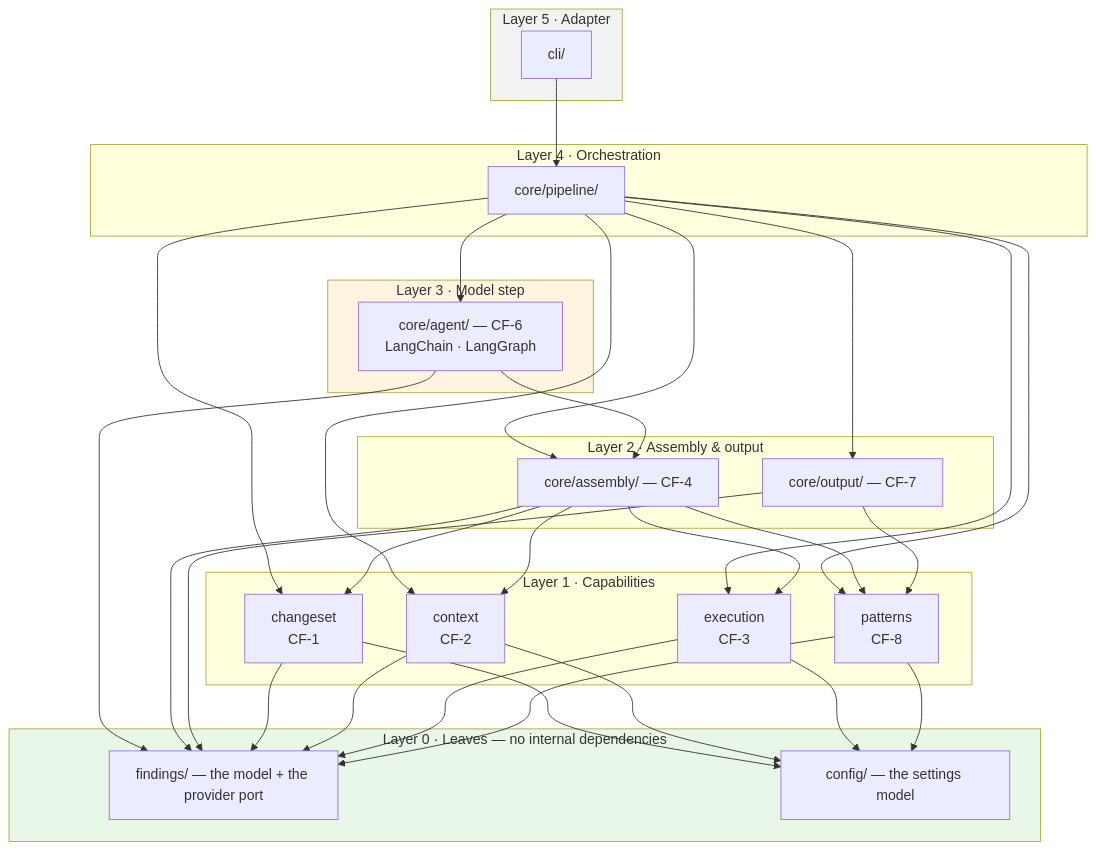
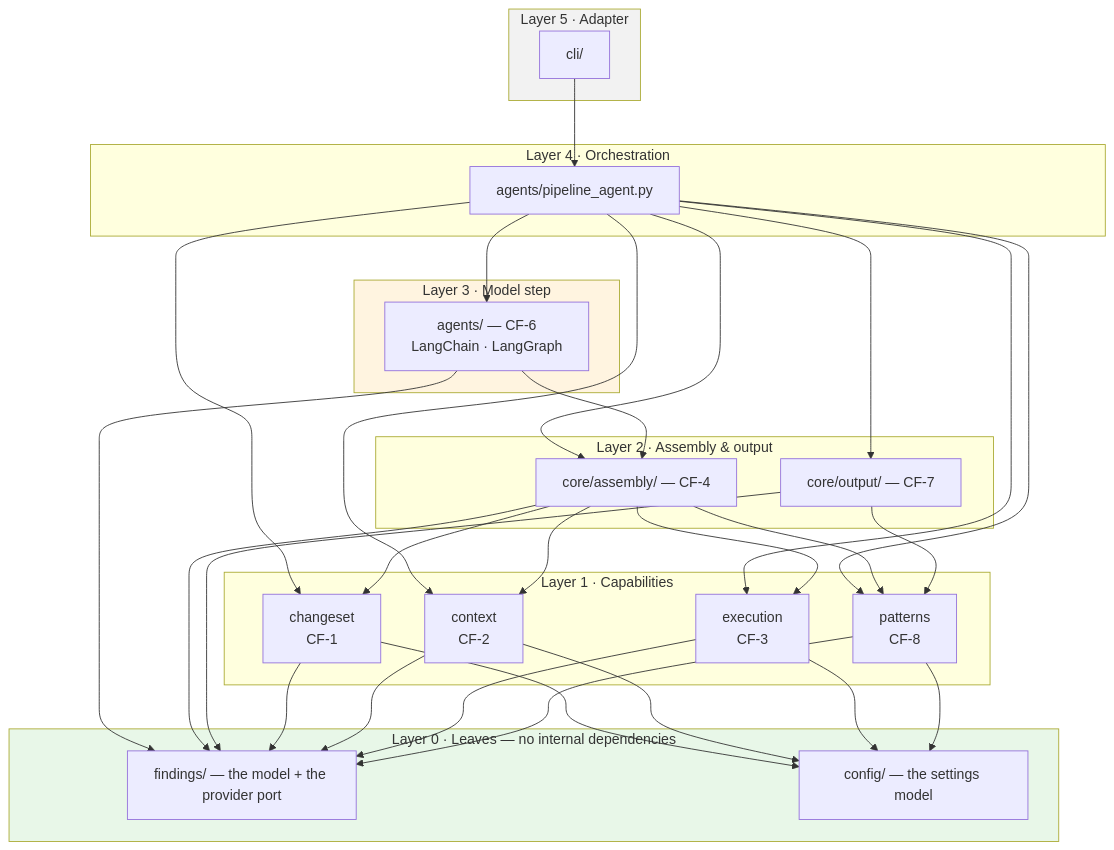
One commit to nhahub/NHA-5-285 changed the third of 8 diagrams in Docs/design/01-logical-architecture.md. Above: the diagram before and after it, drawn with Mermaid. The commit also changed other lines of this file and 24 other files, not shown here.

````diff
--- a/Docs/design/01-logical-architecture.md
+++ b/Docs/design/01-logical-architecture.md
@@ -101,38 +101,38 @@
 ```mermaid
 flowchart TD
     subgraph L5["Layer 5 · Adapter"]
         A1["cli/"]
     end
     subgraph L4["Layer 4 · Orchestration"]
-        P1["core/pipeline/"]
+        P1["agents/pipeline_agent.py"]
     end
     subgraph L3["Layer 3 · Model step"]
-        G1["core/agent/ — CF-6<br/>LangChain · LangGraph"]
+        G1["agents/ — CF-6<br/>LangChain · LangGraph"]
     end
     subgraph L2["Layer 2 · Assembly & output"]
         B1["core/assembly/ — CF-4"]
         B2["core/output/ — CF-7"]
     end
     subgraph L1["Layer 1 · Capabilities"]
         C1["changeset<br/>CF-1"]
         C2["context<br/>CF-2"]
         C3["execution<br/>CF-3"]
         C4["patterns<br/>CF-8"]
     end
     subgraph L0["Layer 0 · Leaves — no internal dependencies"]
         D1["findings/ — the model + the provider port"]
         D2["config/ — the settings model"]
     end
 
     A1 --> P1
     P1 --> G1 & B1 & B2 & C1 & C2 & C3 & C4
     G1 --> B1
     G1 --> D1
     B1 --> C1 & C2 & C3 & C4 & D1
     B2 --> D1 & C4
     C1 & C2 & C3 & C4 --> D1 & D2
 
     style L0 fill:#e8f7e8
     style L3 fill:#fff4e0
     style L5 fill:#f2f2f2
 ```
````
